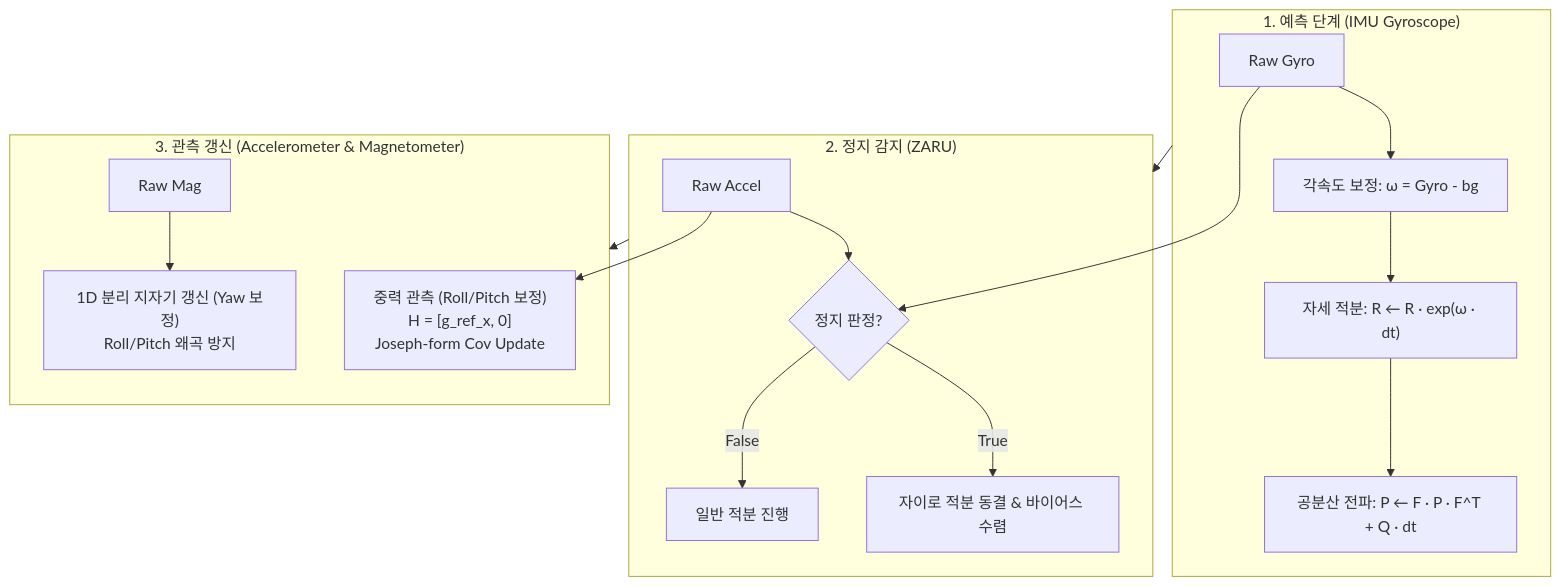
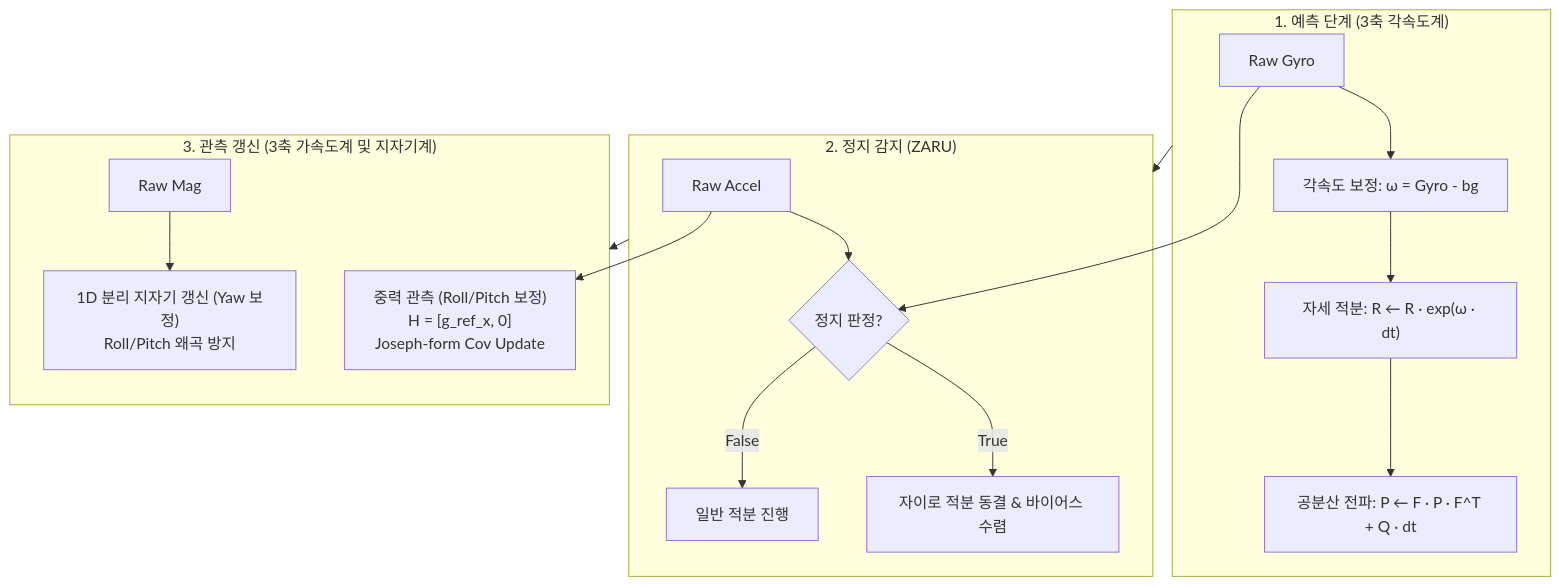
Before and after one commit to voidrobot/nucleo_h743zi2_rust: the diagram in crates/so3-inekf/README.md, drawn with Mermaid. The commit also changed other lines of this file and 8 other files, not shown here.

````diff
--- a/crates/so3-inekf/README.md
+++ b/crates/so3-inekf/README.md
@@ -45,22 +47,22 @@
 ```mermaid
 flowchart TD
-    subgraph Prediction["1. 예측 단계 (IMU Gyroscope)"]
+    subgraph Prediction["1. 예측 단계 (3축 각속도계)"]
         G[Raw Gyro] --> Unbias["각속도 보정: ω = Gyro - bg"]
         Unbias --> RotProp["자세 적분: R ← R · exp(ω · dt)"]
         RotProp --> CovProp["공분산 전파: P ← F · P · F^T + Q · dt"]
     end
 
     subgraph Stillness["2. 정지 감지 (ZARU)"]
         A[Raw Accel] & G --> Detect{정지 판정?}
         Detect -- "True" --> Freeze["자이로 적분 동결 & 바이어스 수렴"]
         Detect -- "False" --> Normal["일반 적분 진행"]
     end
 
-    subgraph Update["3. 관측 갱신 (Accelerometer & Magnetometer)"]
+    subgraph Update["3. 관측 갱신 (3축 가속도계 및 지자기계)"]
         A --> AccUpdate["중력 관측 (Roll/Pitch 보정)<br/>H = [g_ref_x, 0]<br/>Joseph-form Cov Update"]
         M[Raw Mag] --> MagUpdate["1D 분리 지자기 갱신 (Yaw 보정)<br/>Roll/Pitch 왜곡 방지"]
     end
 
     Prediction --> Stillness
     Stillness --> Update
 ```
````
